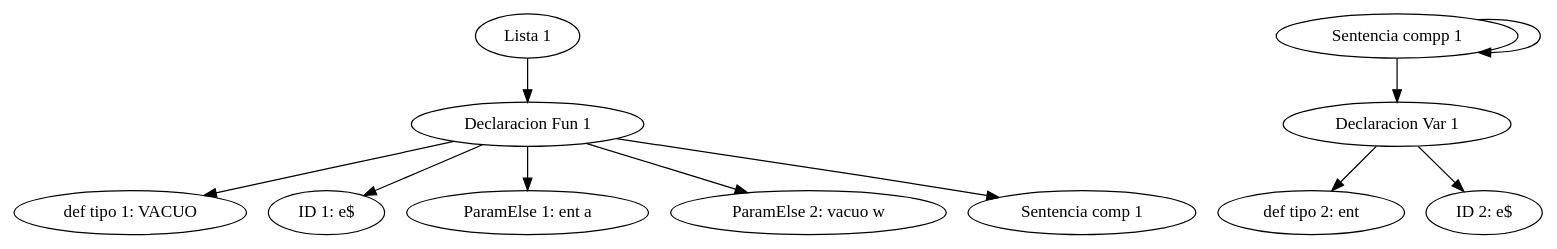
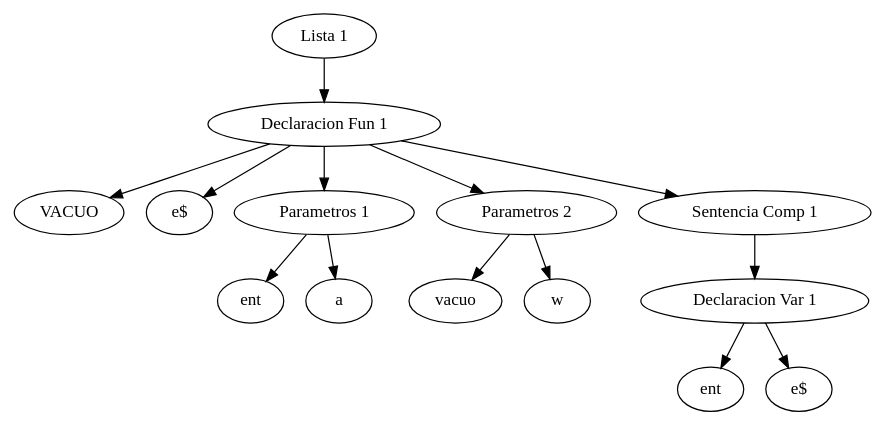
Before and after one commit to lancal/TallerCompiladores2018: the diagram in tree.dot, drawn with Graphviz. The commit also changed 7 other files, not shown here.

```diff
--- a/tree.dot
+++ b/tree.dot
@@ -1,13 +1,23 @@
 digraph G {
 	"Lista 1" -> "Declaracion Fun 1"
-	"Declaracion Fun 1" -> "def tipo 1: VACUO" 
-	"Declaracion Fun 1" -> "ID 1: e$" 
-	"Declaracion Fun 1" -> "ParamElse 1: ent a"
-	"Declaracion Fun 1" -> "ParamElse 2: vacuo w"
-	"Declaracion Fun 1" -> 	"Sentencia comp 1"
-	"Sentencia compp 1" -> 
-	"Sentencia compp 1" -> 
-"Declaracion Var 1"
-	"Declaracion Var 1" -> "def tipo 2: ent" 
-	"Declaracion Var 1" -> "ID 2: e$" 
+	1 [label="VACUO"]
+	"Declaracion Fun 1" -> 1
+	2 [label="e$"]
+	"Declaracion Fun 1" -> 2
+	"Declaracion Fun 1" -> "Parametros 1"
+	3 [label="ent"]
+	"Parametros 1" -> 3
+	4 [label="a"]
+	"Parametros 1" -> 4
+	"Declaracion Fun 1" -> "Parametros 2"
+	5 [label="vacuo"]
+	"Parametros 2" -> 5
+	6 [label="w"]
+	"Parametros 2" -> 6
+	"Declaracion Fun 1" -> "Sentencia Comp 1"
+	"Sentencia Comp 1" -> "Declaracion Var 1"
+	7 [label="ent"]
+	"Declaracion Var 1" -> 7
+	8 [label="e$"]
+	"Declaracion Var 1" -> 8
 }
```
